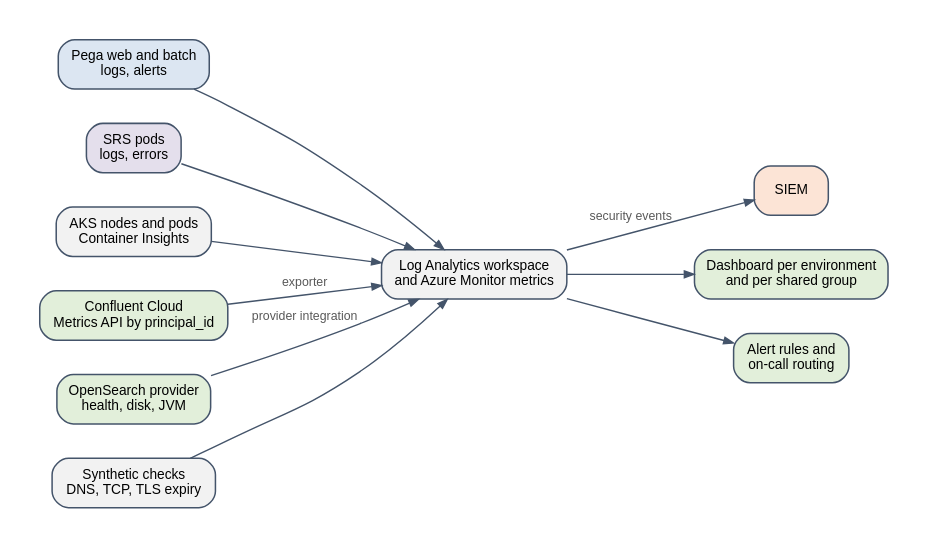
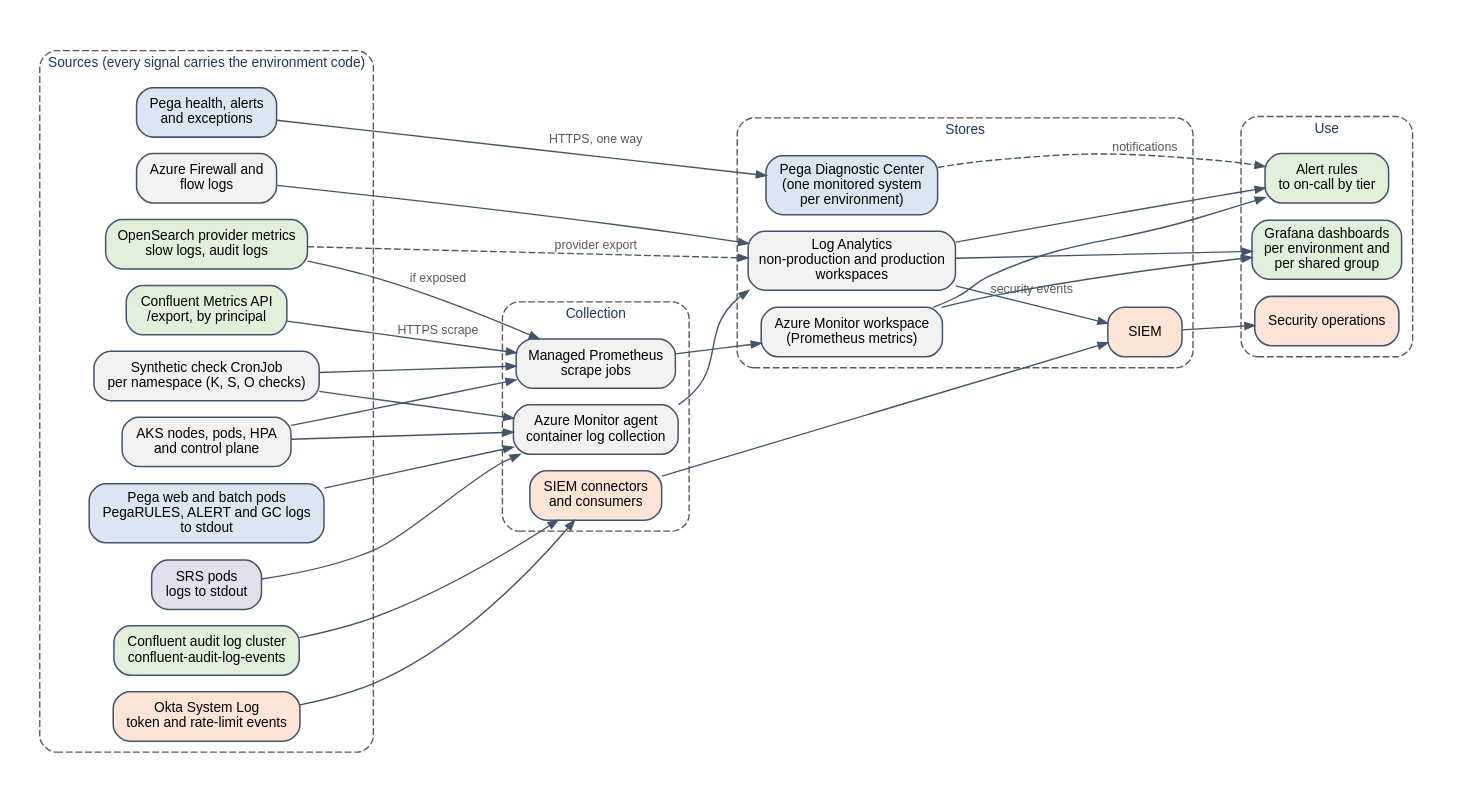
One commit to ravislr-beep/Sukoon changed the diagram in runbook/img/generated/fig_observability.dot. Above: the diagram before and after it, drawn with Graphviz. The commit also changed 12 other files, not shown here.

Commit message:
Add zone resilience, environment wave, performance harness, sizing, isolation and observability diagrams

```diff
--- a/runbook/img/generated/fig_observability.dot
+++ b/runbook/img/generated/fig_observability.dot
@@ -1,25 +1,46 @@
 digraph G {
 
   graph [fontname="Liberation Sans", fontsize=11, bgcolor="white", pad="0.3", nodesep="0.35", ranksep="0.45", fontcolor="#1F3864"];
   node  [fontname="Liberation Sans", fontsize=10, shape=box, style="rounded,filled", fillcolor="white", color="#44546A", penwidth=1.1, margin="0.14,0.07"];
   edge  [fontname="Liberation Sans", fontsize=9, color="#44546A", fontcolor="#595959", arrowsize=0.7, penwidth=1.0];
 
 
-  rankdir=LR;
-  pega [label="Pega web and batch\nlogs, alerts", fillcolor="#DCE6F2"];
-  srs [label="SRS pods\nlogs, errors", fillcolor="#E4DFEC"];
-  aks [label="AKS nodes and pods\nContainer Insights", fillcolor="#F2F2F2"];
-  ccl [label="Confluent Cloud\nMetrics API by principal_id", fillcolor="#E2EFDA"];
-  srch [label="OpenSearch provider\nhealth, disk, JVM", fillcolor="#E2EFDA"];
-  net [label="Synthetic checks\nDNS, TCP, TLS expiry", fillcolor="#F2F2F2"];
-  law [label="Log Analytics workspace\nand Azure Monitor metrics", fillcolor="#F2F2F2"];
-  siem [label="SIEM", fillcolor="#FCE4D6"];
-  dash [label="Dashboard per environment\nand per shared group", fillcolor="#E2EFDA"];
-  alert [label="Alert rules and\non-call routing", fillcolor="#E2EFDA"];
-  pega -> law; srs -> law; aks -> law; net -> law;
-  ccl -> law [label="exporter"];
-  srch -> law [label="provider integration"];
-  law -> siem [label="security events"];
-  law -> dash; law -> alert;
+  rankdir=LR; nodesep=0.16; ranksep=0.7;
+  subgraph cluster_src { label="Sources (every signal carries the environment code)"; style="dashed,rounded"; color="#595959"; fontsize=10;
+    pega [label="Pega web and batch pods\nPegaRULES, ALERT and GC logs\nto stdout", fillcolor="#DCE6F2"];
+    pdcag [label="Pega health, alerts\nand exceptions", fillcolor="#DCE6F2"];
+    srs [label="SRS pods\nlogs to stdout", fillcolor="#E4DFEC"];
+    aks [label="AKS nodes, pods, HPA\nand control plane", fillcolor="#F2F2F2"];
+    syn [label="Synthetic check CronJob\nper namespace (K, S, O checks)", fillcolor="#F2F2F2"];
+    ccm [label="Confluent Metrics API\n/export, by principal", fillcolor="#E2EFDA"];
+    cca [label="Confluent audit log cluster\nconfluent-audit-log-events", fillcolor="#E2EFDA"];
+    osm [label="OpenSearch provider metrics\nslow logs, audit logs", fillcolor="#E2EFDA"];
+    okl [label="Okta System Log\ntoken and rate-limit events", fillcolor="#FCE4D6"];
+    fwl [label="Azure Firewall and\nflow logs", fillcolor="#F2F2F2"];
+  }
+  subgraph cluster_col { label="Collection"; style="dashed,rounded"; color="#595959"; fontsize=10;
+    ama [label="Azure Monitor agent\ncontainer log collection", fillcolor="#F2F2F2"];
+    prom [label="Managed Prometheus\nscrape jobs", fillcolor="#F2F2F2"];
+    conn [label="SIEM connectors\nand consumers", fillcolor="#FCE4D6"];
+  }
+  subgraph cluster_store { label="Stores"; style="dashed,rounded"; color="#595959"; fontsize=10;
+    law [label="Log Analytics\nnon-production and production\nworkspaces", fillcolor="#F2F2F2"];
+    amw [label="Azure Monitor workspace\n(Prometheus metrics)", fillcolor="#F2F2F2"];
+    siem [label="SIEM", fillcolor="#FCE4D6"];
+    pdc [label="Pega Diagnostic Center\n(one monitored system\nper environment)", fillcolor="#DCE6F2"];
+  }
+  subgraph cluster_use { label="Use"; style="dashed,rounded"; color="#595959"; fontsize=10;
+    graf [label="Grafana dashboards\nper environment and\nper shared group", fillcolor="#E2EFDA"];
+    alert [label="Alert rules\nto on-call by tier", fillcolor="#E2EFDA"];
+    soc [label="Security operations", fillcolor="#FCE4D6"];
+  }
+  pega -> ama; srs -> ama; aks -> ama; syn -> ama;
+  aks -> prom; syn -> prom; ccm -> prom [label="HTTPS scrape"]; osm -> prom [label="if exposed"];
+  cca -> conn; okl -> conn; fwl -> law;
+  osm -> law [label="provider export", style=dashed];
+  pdcag -> pdc [label="HTTPS, one way"];
+  ama -> law; prom -> amw; conn -> siem; law -> siem [label="security events"];
+  law -> graf; amw -> graf; law -> alert; amw -> alert; pdc -> alert [style=dashed, label="notifications"];
+  siem -> soc;
 
 }
```
